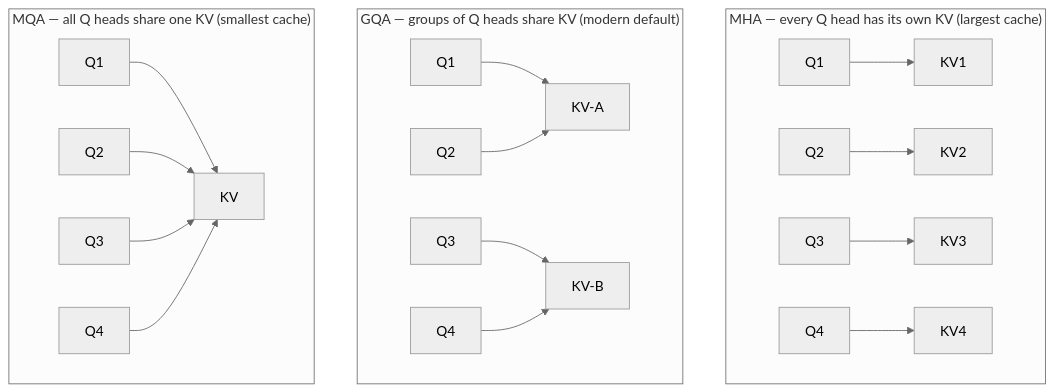
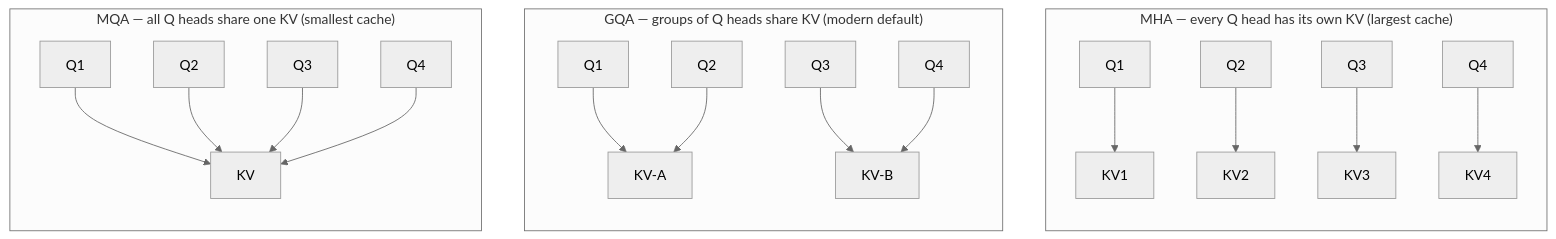
Before and after one commit to youyun8/deep-kernel-handbook: the second of 3 diagrams in docs/foundations/attention-efficiency.md, drawn with Mermaid (neutral theme). The commit also changed other lines of this file and 36 other files, not shown here.

````diff
--- a/docs/foundations/attention-efficiency.md
+++ b/docs/foundations/attention-efficiency.md
@@ -60,26 +60,26 @@
 ```mermaid
 flowchart TD
     subgraph MHA["MHA — every Q head has its own KV (largest cache)"]
-      direction LR
+      direction TB
       q1["Q1"] --> k1["KV1"]
       q2["Q2"] --> k2["KV2"]
       q3["Q3"] --> k3["KV3"]
       q4["Q4"] --> k4["KV4"]
     end
     subgraph GQA["GQA — groups of Q heads share KV (modern default)"]
-      direction LR
+      direction TB
       g1["Q1"] --> gk1["KV-A"]
       g2["Q2"] --> gk1
       g3["Q3"] --> gk2["KV-B"]
       g4["Q4"] --> gk2
     end
     subgraph MQA["MQA — all Q heads share one KV (smallest cache)"]
-      direction LR
+      direction TB
       m1["Q1"] --> mk["KV"]
       m2["Q2"] --> mk
       m3["Q3"] --> mk
       m4["Q4"] --> mk
     end
     class gk1 flagship;
     class gk2 flagship;
 ```
````
